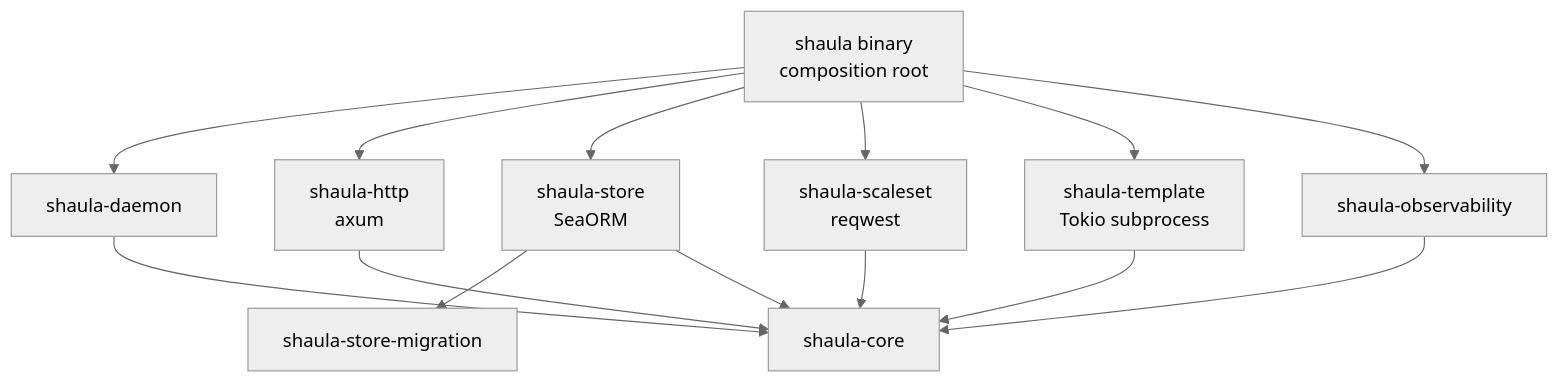
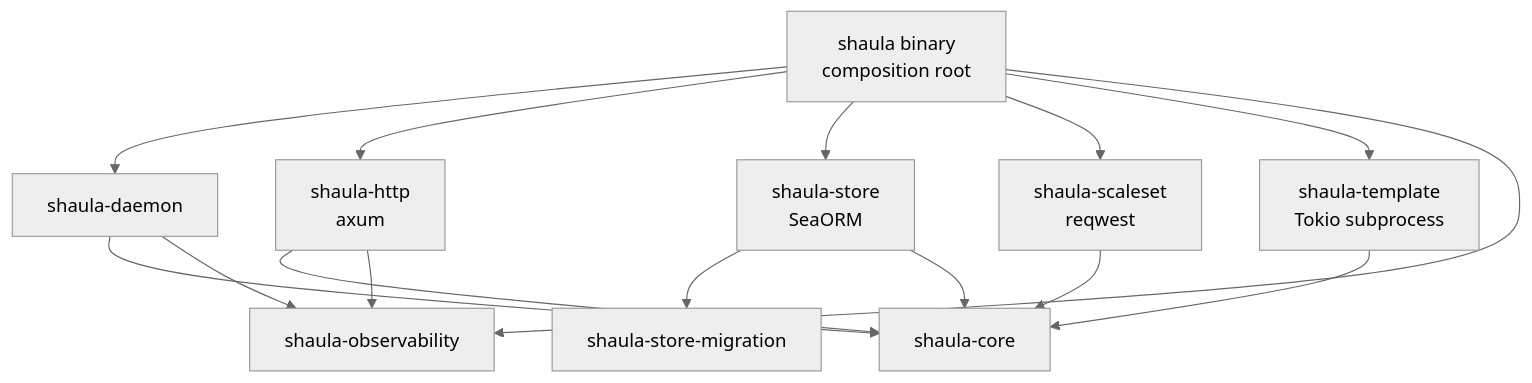
Before and after one commit to 5aaee9/shaula: the diagram in docs/specs/0007-rust-workspace-architecture.md, drawn with Mermaid (neutral theme). The commit also changed other lines of this file and 27 other files, not shown here.

````diff
--- a/docs/specs/0007-rust-workspace-architecture.md
+++ b/docs/specs/0007-rust-workspace-architecture.md
@@ -40,16 +40,17 @@
 ```mermaid
 flowchart TD
     Bin["shaula binary\ncomposition root"] --> Daemon["shaula-daemon"]
     Bin --> HTTP["shaula-http\naxum"]
     Bin --> Store["shaula-store\nSeaORM"]
     Bin --> ScaleSet["shaula-scaleset\nreqwest"]
     Bin --> Template["shaula-template\nTokio subprocess"]
     Bin --> OTel["shaula-observability"]
     Store --> Migration["shaula-store-migration"]
     Daemon --> Core["shaula-core"]
+    Daemon --> OTel
     HTTP --> Core
+    HTTP --> OTel
     Store --> Core
     ScaleSet --> Core
     Template --> Core
-    OTel --> Core
 ```
````
